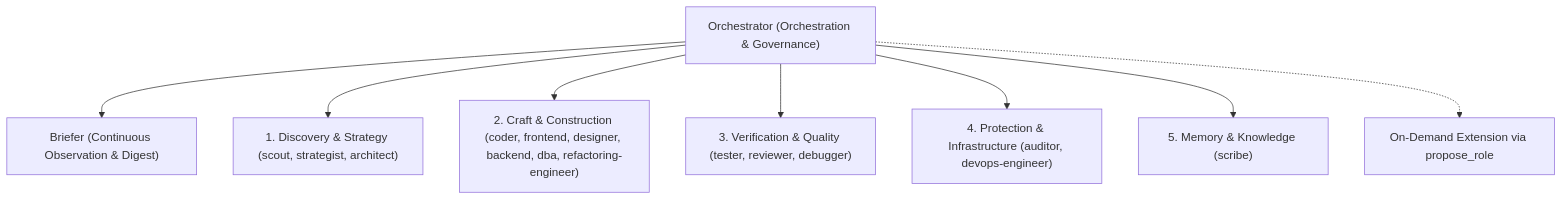
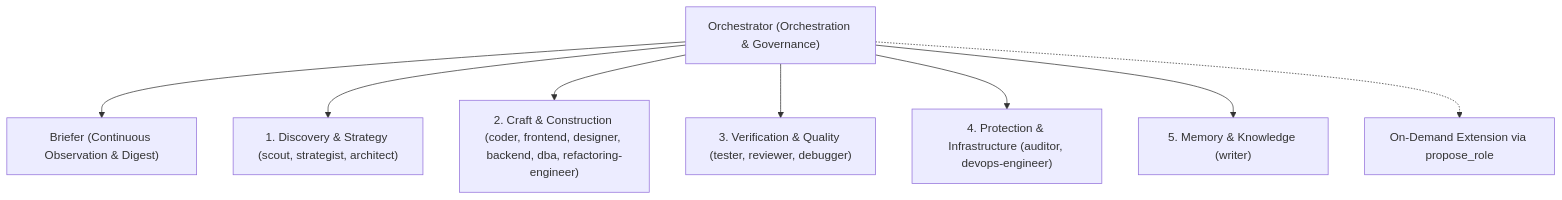
Before and after one commit to LegendUnknown11/agentic-os: the diagram in docs/PLAN-team.md, drawn with Mermaid. The commit also changed other lines of this file and 34 other files, not shown here.

````diff
--- a/docs/PLAN-team.md
+++ b/docs/PLAN-team.md
@@ -92,10 +92,10 @@
 ```mermaid
 graph TD
     Orchestrator["Orchestrator (Orchestration & Governance)"] --> Briefer["Briefer (Continuous Observation & Digest)"]
     Orchestrator --> T1["1. Discovery & Strategy (scout, strategist, architect)"]
     Orchestrator --> T2["2. Craft & Construction (coder, frontend, designer, backend, dba, refactoring-engineer)"]
     Orchestrator --> T3["3. Verification & Quality (tester, reviewer, debugger)"]
     Orchestrator --> T4["4. Protection & Infrastructure (auditor, devops-engineer)"]
-    Orchestrator --> T5["5. Memory & Knowledge (scribe)"]
+    Orchestrator --> T5["5. Memory & Knowledge (writer)"]
     Orchestrator -.-> Dynamic["On-Demand Extension via propose_role"]
 ```
````
